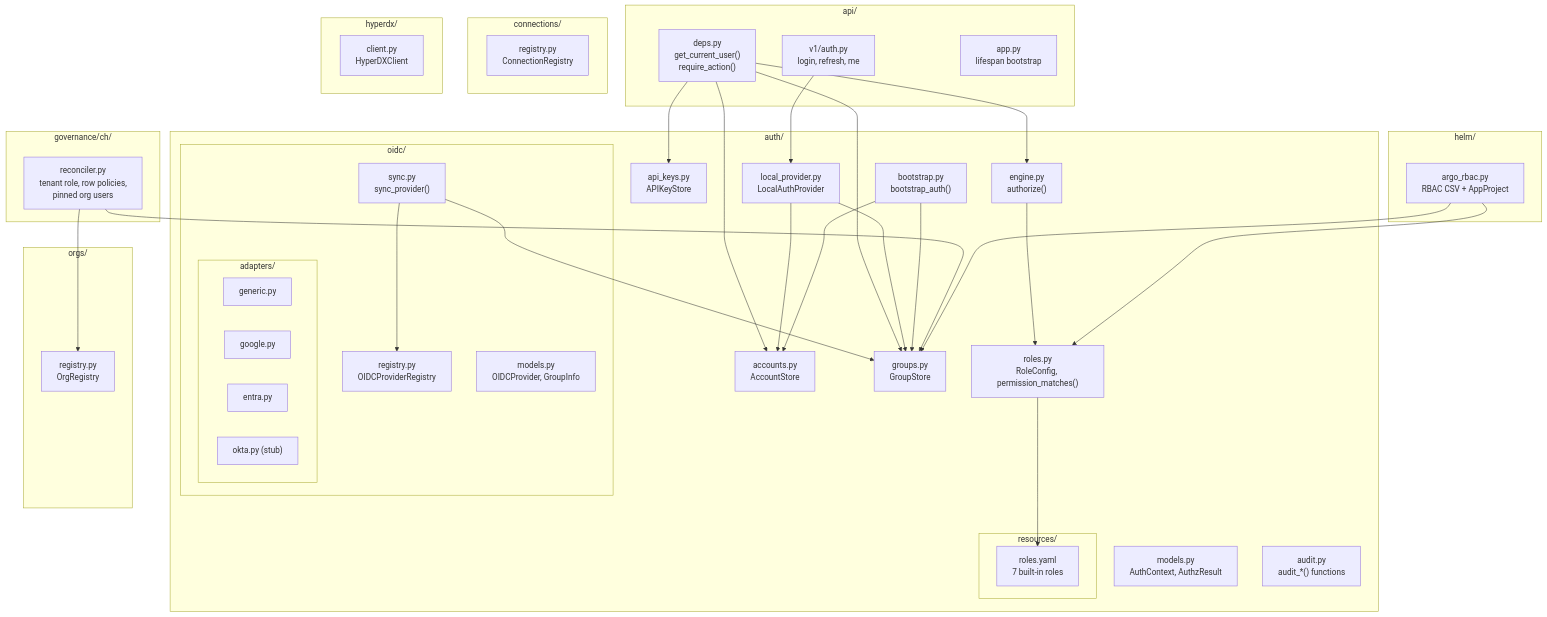
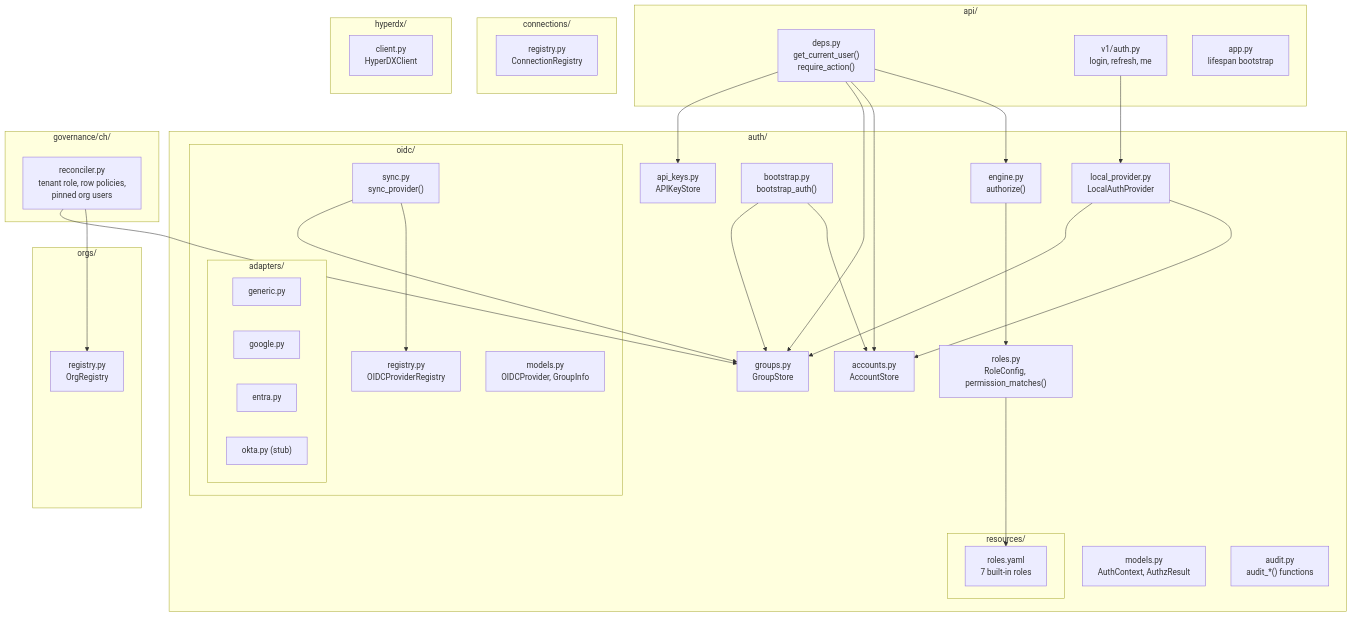
Before and after one commit to hyperi-io/dfe-engine: the tenth of 10 diagrams in docs/control-plane/rbac.md, drawn with Mermaid. The commit also changed 9 other files, not shown here.

````diff
--- a/docs/control-plane/rbac.md
+++ b/docs/control-plane/rbac.md
@@ -768,74 +768,68 @@
 ```mermaid
 graph TD
     subgraph "auth/"
         ENGINE["engine.py<br/>authorize()"]
         MODELS["models.py<br/>AuthContext, AuthzResult"]
         ROLES_MOD["roles.py<br/>RoleConfig, permission_matches()"]
         ACCOUNTS["accounts.py<br/>AccountStore"]
         GROUPS["groups.py<br/>GroupStore"]
         APIKEYS["api_keys.py<br/>APIKeyStore"]
         LOCAL["local_provider.py<br/>LocalAuthProvider"]
         BOOT["bootstrap.py<br/>bootstrap_auth()"]
         AUDIT["audit.py<br/>audit_*() functions"]
 
         subgraph "oidc/"
             OIDC_REG["registry.py<br/>OIDCProviderRegistry"]
             OIDC_SYNC["sync.py<br/>sync_provider()"]
             OIDC_MODELS["models.py<br/>OIDCProvider, GroupInfo"]
             subgraph "adapters/"
                 GENERIC_A["generic.py"]
                 GOOGLE_A["google.py"]
                 ENTRA_A["entra.py"]
                 OKTA_A["okta.py (stub)"]
             end
         end
 
         subgraph "resources/"
             ROLES_YAML["roles.yaml<br/>7 built-in roles"]
         end
     end
 
     subgraph "api/"
         DEPS["deps.py<br/>get_current_user()<br/>require_action()"]
         AUTH_ROUTER["v1/auth.py<br/>login, refresh, me"]
         APP["app.py<br/>lifespan bootstrap"]
     end
 
     subgraph "connections/"
         CONN_REG["registry.py<br/>ConnectionRegistry"]
     end
 
     subgraph "governance/ch/"
         CH_RBAC["reconciler.py<br/>tenant role, row policies,<br/>pinned org users"]
     end
 
     subgraph "orgs/"
         ORG_REG["registry.py<br/>OrgRegistry"]
     end
 
     subgraph "hyperdx/"
         HDX["client.py<br/>HyperDXClient"]
     end
 
-    subgraph "helm/"
-        ARGO["argo_rbac.py<br/>RBAC CSV + AppProject"]
-    end
-
     DEPS --> ENGINE
     DEPS --> ACCOUNTS
     DEPS --> GROUPS
     DEPS --> APIKEYS
     AUTH_ROUTER --> LOCAL
     LOCAL --> ACCOUNTS
     LOCAL --> GROUPS
     ENGINE --> ROLES_MOD
     ROLES_MOD --> ROLES_YAML
     BOOT --> ACCOUNTS
     BOOT --> GROUPS
     OIDC_SYNC --> OIDC_REG
     OIDC_SYNC --> GROUPS
     CH_RBAC --> ORG_REG
     CH_RBAC --> GROUPS
-    ARGO --> ROLES_MOD
-    ARGO --> GROUPS
 ```
````
